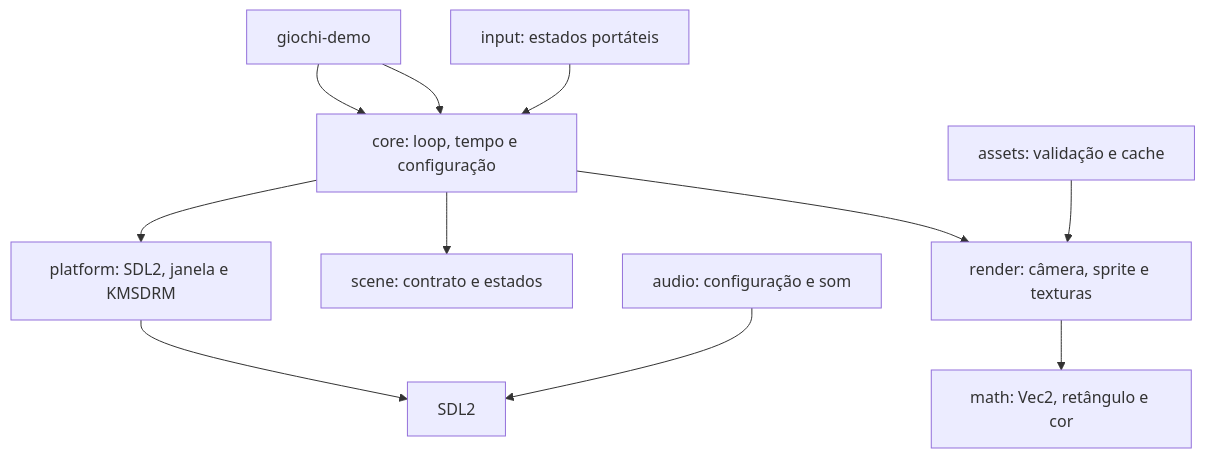
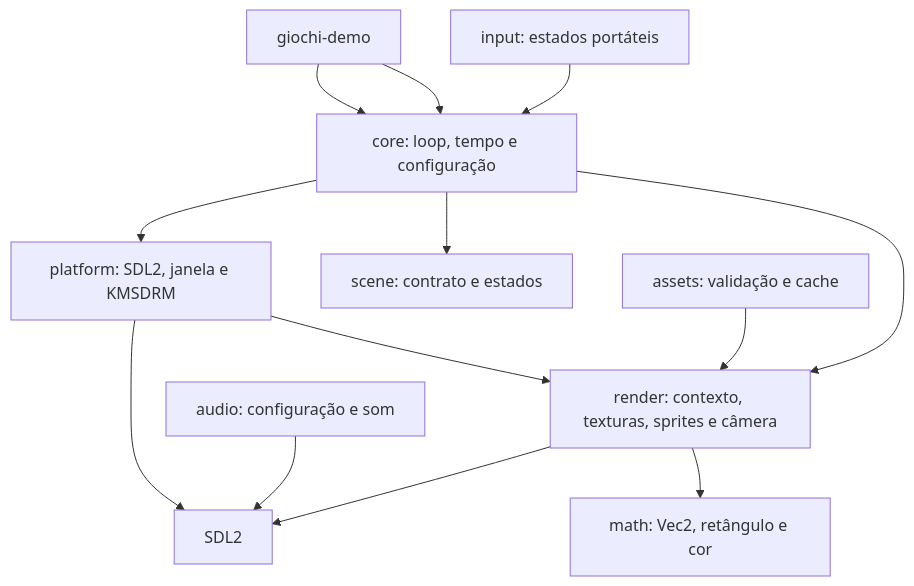
The diagram in docs/ARCHITECTURE.md (xtrempkch-droid/GIOCHI-ENGINE), drawn with Mermaid before and after one commit. The commit also changed other lines of this file and 19 other files, not shown here.

````diff
--- a/docs/ARCHITECTURE.md
+++ b/docs/ARCHITECTURE.md
@@ -5,13 +5,15 @@
 ```mermaid
 flowchart TD
     Demo[exemplo SDL2 / consumidor] --> Core[core: loop, tempo e configuração]
     Demo[giochi-demo] --> Core
     Core --> Platform[platform: SDL2, janela e KMSDRM]
     Platform --> SDL[SDL2]
     Core --> Scene[scene: contrato e estados]
-    Core --> Render[render: câmera, sprite e texturas]
+    Core --> Render[render: contexto, texturas, sprites e câmera]
+    Platform --> Render
+    Render --> SDL
     Render --> Math[math: Vec2, retângulo e cor]
     Assets[assets: validação e cache] --> Render
     Audio[audio: configuração e som] --> SDL
     Input[input: estados portáteis] --> Core
 ```
````
